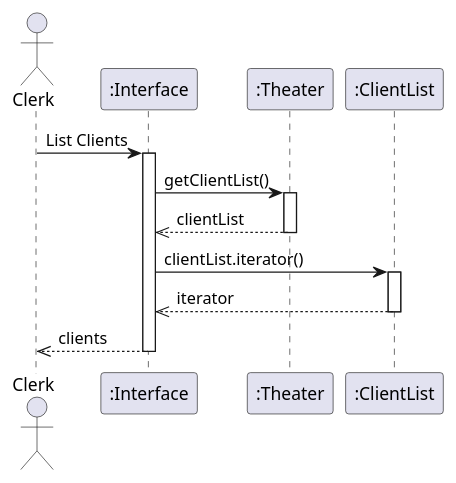
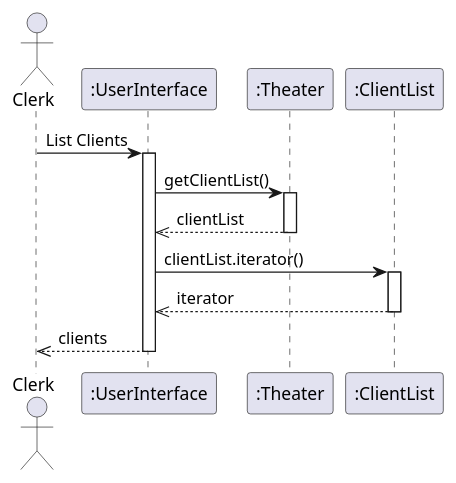
One commit to FreezeWarp/372Groupwork changed the diagram in src/SequenceDiagrams/ListClients.pu. Above: the diagram before and after it, drawn with PlantUML. The commit also changed 17 other files, not shown here.

First line of the commit message:
Rename Interface to UserInterface

```diff
--- a/src/SequenceDiagrams/ListClients.pu
+++ b/src/SequenceDiagrams/ListClients.pu
@@ -1,18 +1,18 @@
 @startuml
 
 actor Clerk
 
-Clerk -> ":Interface" : List Clients
-activate ":Interface"
+Clerk -> ":UserInterface" : List Clients
+activate ":UserInterface"
 
-":Interface" -> ":Theater" : getClientList()
+":UserInterface" -> ":Theater" : getClientList()
 activate ":Theater"
-":Theater" -->> ":Interface": clientList
+":Theater" -->> ":UserInterface": clientList
 deactivate ":Theater"
-":Interface" -> ":ClientList": clientList.iterator()
+":UserInterface" -> ":ClientList": clientList.iterator()
 activate ":ClientList"
-":ClientList" -->> ":Interface": iterator
+":ClientList" -->> ":UserInterface": iterator
 deactivate ":ClientList"
-":Interface" -->> Clerk: clients
-deactivate ":Interface"
+":UserInterface" -->> Clerk: clients
+deactivate ":UserInterface"
 @enduml
```
